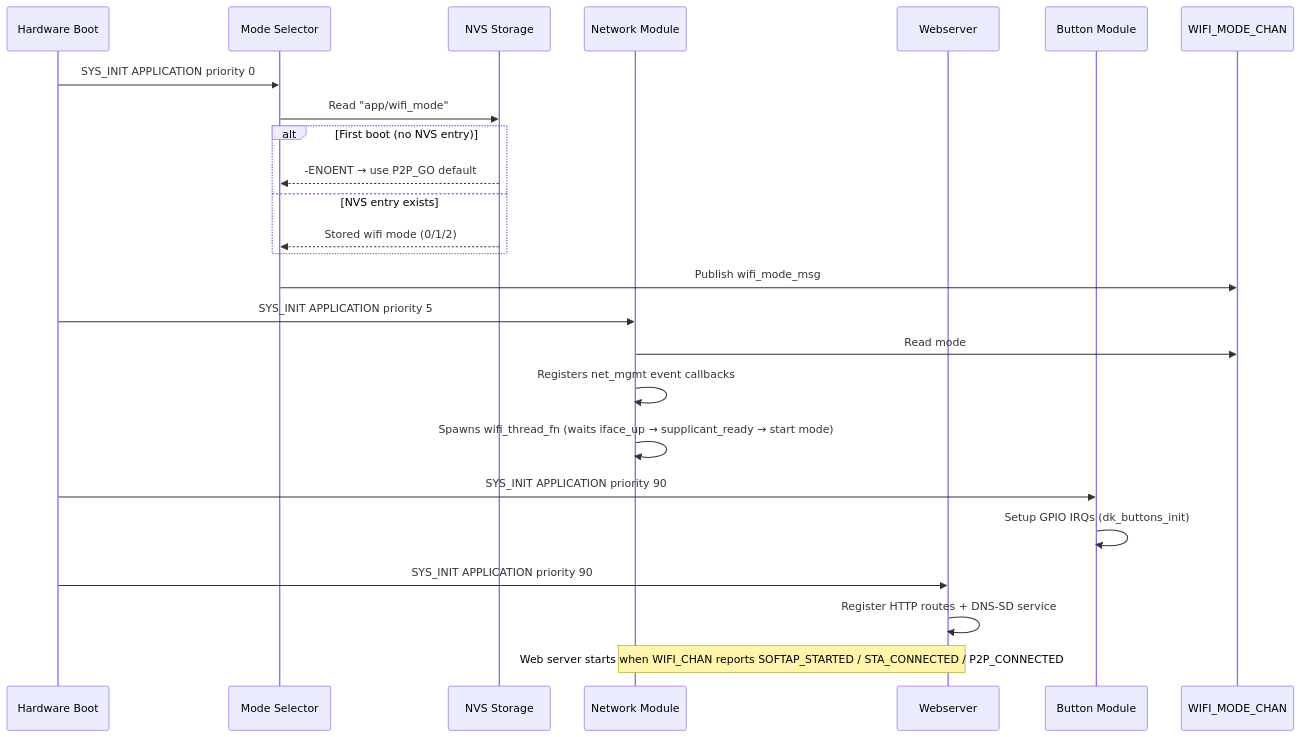
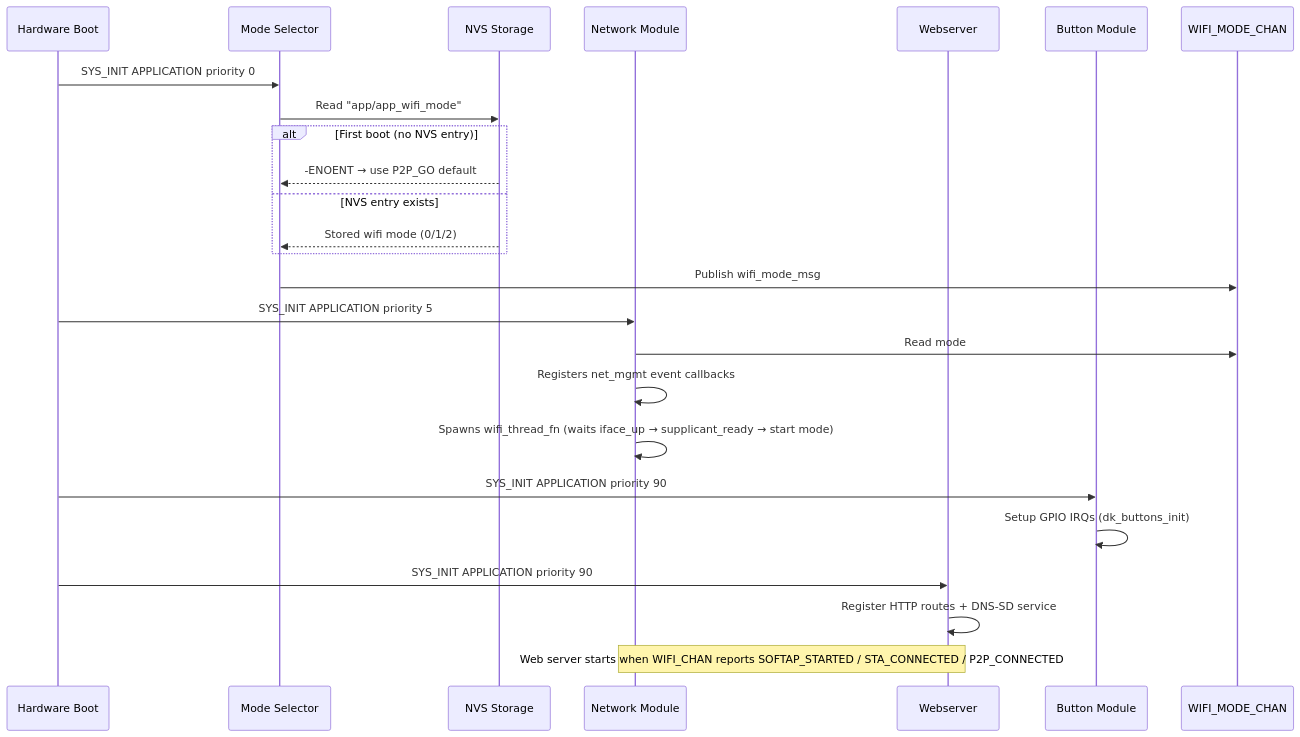
One commit to chshzh/nordic-wifi-webdash changed the diagram in docs/specs/architecture.md. Above: the diagram before and after it, drawn with Mermaid. The commit also changed other lines of this file and 7 other files, not shown here.

Commit message:
docs: rename wifi_mode -> app_wifi_mode across README and all specs

````diff
--- a/docs/specs/architecture.md
+++ b/docs/specs/architecture.md
@@ -211,31 +211,31 @@
 ```mermaid
 sequenceDiagram
     participant HW as Hardware Boot
     participant ModeSel as Mode Selector
     participant NVS as NVS Storage
     participant Net as Network Module
     participant Web as Webserver
     participant Btn as Button Module
 
     HW->>ModeSel: SYS_INIT APPLICATION priority 0
-    ModeSel->>NVS: Read "app/wifi_mode"
+    ModeSel->>NVS: Read "app/app_wifi_mode"
     alt First boot (no NVS entry)
         NVS-->>ModeSel: -ENOENT → use P2P_GO default
     else NVS entry exists
         NVS-->>ModeSel: Stored wifi mode (0/1/2)
     end
 
     ModeSel->>WIFI_MODE_CHAN: Publish wifi_mode_msg
 
     HW->>Net: SYS_INIT APPLICATION priority 5
     Net->>WIFI_MODE_CHAN: Read mode
     Net->>Net: Registers net_mgmt event callbacks
     Net->>Net: Spawns wifi_thread_fn (waits iface_up → supplicant_ready → start mode)
 
     HW->>Btn: SYS_INIT APPLICATION priority 90
     Btn->>Btn: Setup GPIO IRQs (dk_buttons_init)
 
     HW->>Web: SYS_INIT APPLICATION priority 90
     Web->>Web: Register HTTP routes + DNS-SD service
     Note over Net,Web: Web server starts when WIFI_CHAN reports SOFTAP_STARTED / STA_CONNECTED / P2P_CONNECTED
 ```
````
